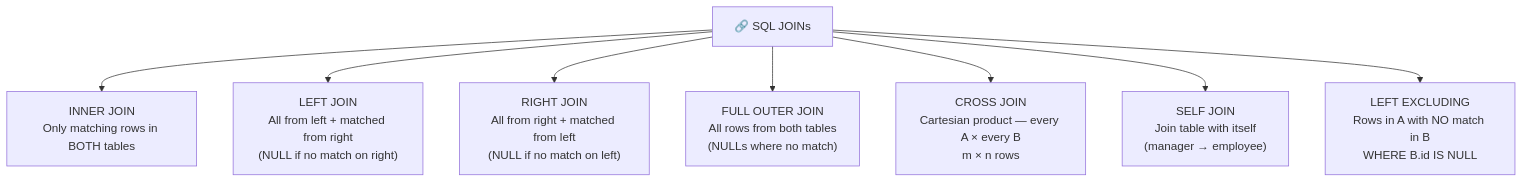
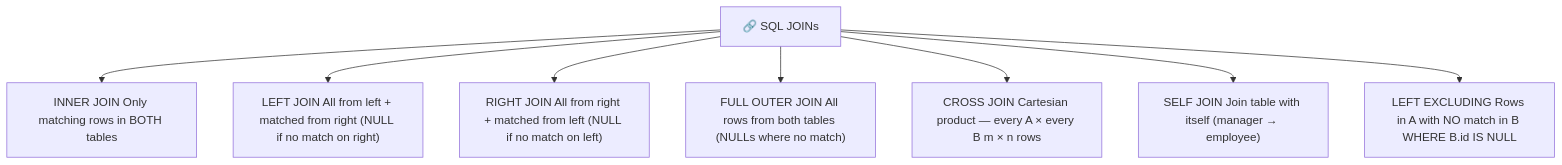
One commit to naveenkumar1661997/notes changed the third of 7 diagrams in sql.md. Above: the diagram before and after it, drawn with Mermaid. The commit also changed other lines of this file and 12 other files, not shown here.

```diff
--- a/sql.md
+++ b/sql.md
@@ -91,11 +91,11 @@
 <pre class="mermaid">
 flowchart TD
     JOINS["🔗 SQL JOINs"]
-    JOINS --> INNER["INNER JOIN\nOnly matching rows in BOTH tables"]
-    JOINS --> LEFT["LEFT JOIN\nAll from left + matched from right\n(NULL if no match on right)"]
-    JOINS --> RIGHT["RIGHT JOIN\nAll from right + matched from left\n(NULL if no match on left)"]
-    JOINS --> FULL["FULL OUTER JOIN\nAll rows from both tables\n(NULLs where no match)"]
-    JOINS --> CROSS["CROSS JOIN\nCartesian product — every A × every B\nm × n rows"]
-    JOINS --> SELF["SELF JOIN\nJoin table with itself\n(manager → employee)"]
-    JOINS --> EXCL["LEFT EXCLUDING\nRows in A with NO match in B\nWHERE B.id IS NULL"]
+    JOINS --> INNER["INNER JOIN Only matching rows in BOTH tables"]
+    JOINS --> LEFT["LEFT JOIN All from left + matched from right (NULL if no match on right)"]
+    JOINS --> RIGHT["RIGHT JOIN All from right + matched from left (NULL if no match on left)"]
+    JOINS --> FULL["FULL OUTER JOIN All rows from both tables (NULLs where no match)"]
+    JOINS --> CROSS["CROSS JOIN Cartesian product — every A × every B m × n rows"]
+    JOINS --> SELF["SELF JOIN Join table with itself (manager → employee)"]
+    JOINS --> EXCL["LEFT EXCLUDING Rows in A with NO match in B WHERE B.id IS NULL"]
 </pre>
```
